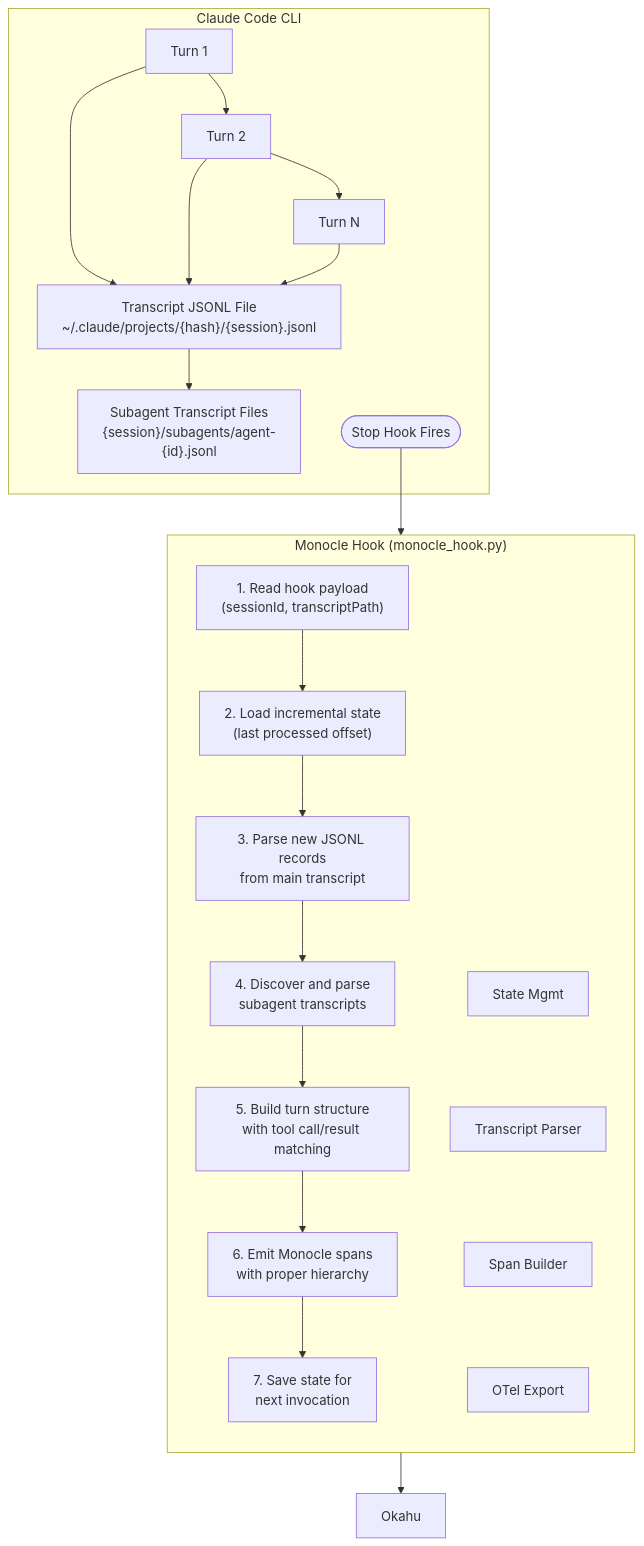
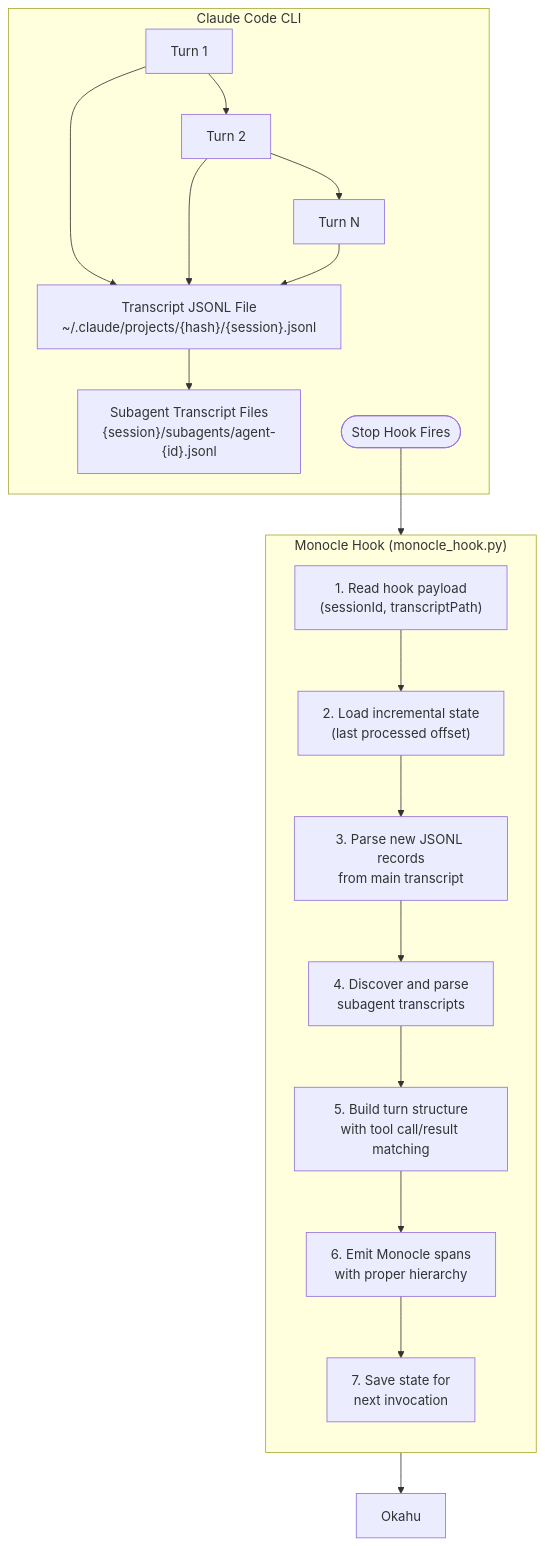
Before and after one commit to hocokahu/monocle: the first of 2 diagrams in examples/scripts/HOOK_PLAN.md, drawn with Mermaid.

Commit message:
docs: remove redundant module labels from architecture diagram

````diff
--- a/examples/scripts/HOOK_PLAN.md
+++ b/examples/scripts/HOOK_PLAN.md
@@ -653,27 +653,25 @@
 ```mermaid
 flowchart TD
     subgraph CLI["Claude Code CLI"]
         T1["Turn 1"] --> T2["Turn 2"] --> TN["Turn N"]
         T1 & T2 & TN --> JSONL["Transcript JSONL File<br/>~/.claude/projects/{hash}/{session}.jsonl"]
         JSONL --> SUB["Subagent Transcript Files<br/>{session}/subagents/agent-{id}.jsonl"]
         STOP(["Stop Hook Fires"])
     end
 
     STOP --> HOOK
 
     subgraph HOOK["Monocle Hook (monocle_hook.py)"]
         direction TB
         S1["1. Read hook payload<br/>(sessionId, transcriptPath)"]
         S2["2. Load incremental state<br/>(last processed offset)"]
         S3["3. Parse new JSONL records<br/>from main transcript"]
         S4["4. Discover and parse<br/>subagent transcripts"]
         S5["5. Build turn structure<br/>with tool call/result matching"]
         S6["6. Emit Monocle spans<br/>with proper hierarchy"]
         S7["7. Save state for<br/>next invocation"]
         S1 --> S2 --> S3 --> S4 --> S5 --> S6 --> S7
-
-        SM["State Mgmt"] ~~~ TP["Transcript Parser"] ~~~ SB["Span Builder"] ~~~ OE["OTel Export"]
     end
 
     HOOK --> BACKEND["Okahu"]
 ```
````
